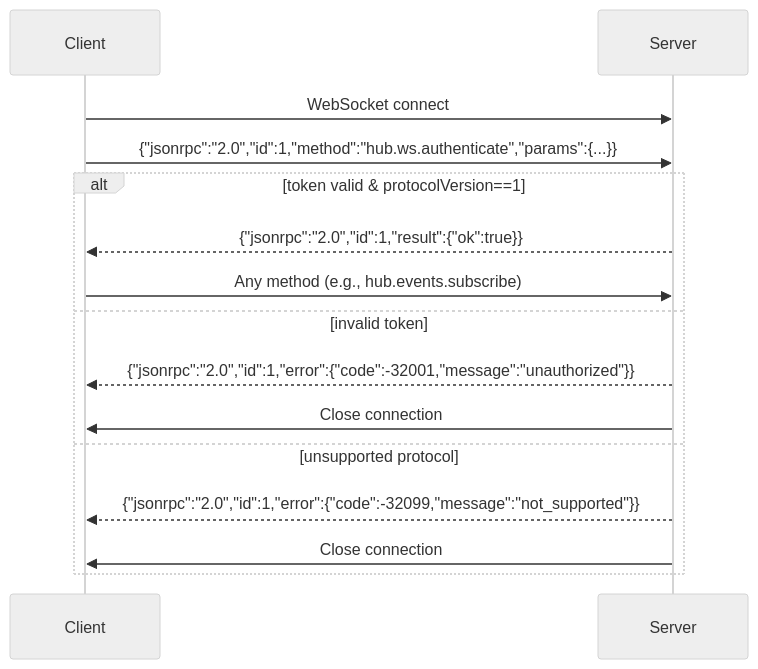
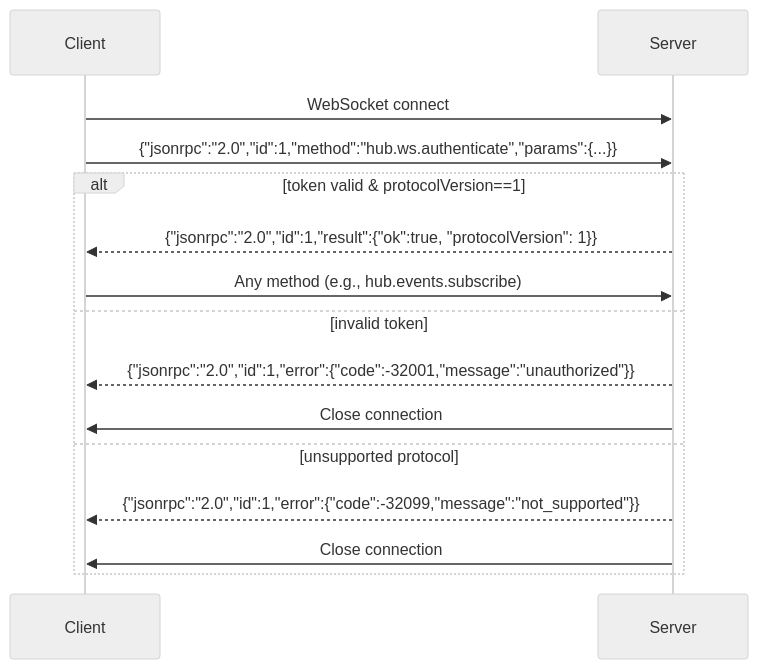
One commit to SolarianZ/DevHub changed the first of 3 diagrams in Spec.md. Above: the diagram before and after it, drawn with Mermaid (neutral theme). The commit also changed other lines of this file, not shown here.

````diff
--- a/Spec.md
+++ b/Spec.md
@@ -187,17 +200,17 @@
 ```mermaid
 sequenceDiagram
     participant C as Client
     participant S as Server
     C->>S: WebSocket connect
     C->>S: {"jsonrpc":"2.0","id":1,"method":"hub.ws.authenticate","params":{...}}
     alt token valid & protocolVersion==1
-        S-->>C: {"jsonrpc":"2.0","id":1,"result":{"ok":true}}
+        S-->>C: {"jsonrpc":"2.0","id":1,"result":{"ok":true, "protocolVersion": 1}}
         C->>S: Any method (e.g., hub.events.subscribe)
     else invalid token
         S-->>C: {"jsonrpc":"2.0","id":1,"error":{"code":-32001,"message":"unauthorized"}}
         S->>C: Close connection
     else unsupported protocol
         S-->>C: {"jsonrpc":"2.0","id":1,"error":{"code":-32099,"message":"not_supported"}}
         S->>C: Close connection
     end
 ```
````
